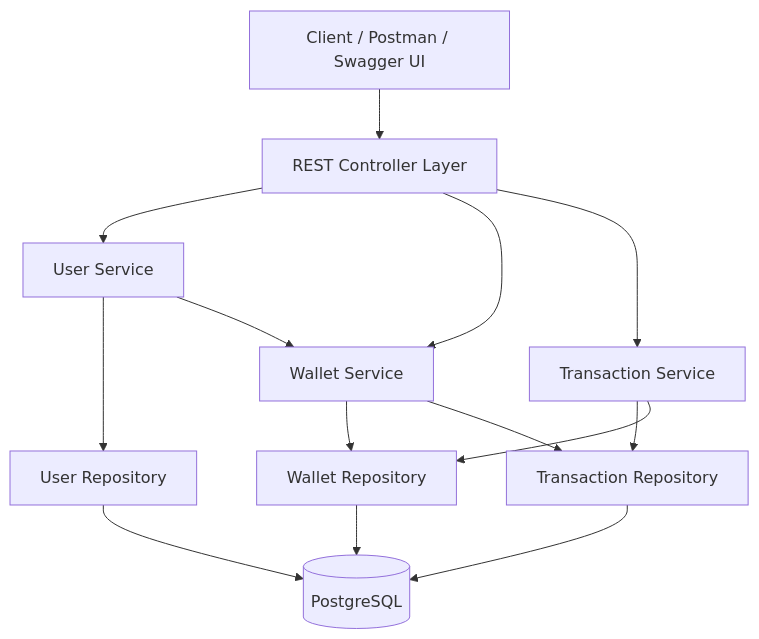
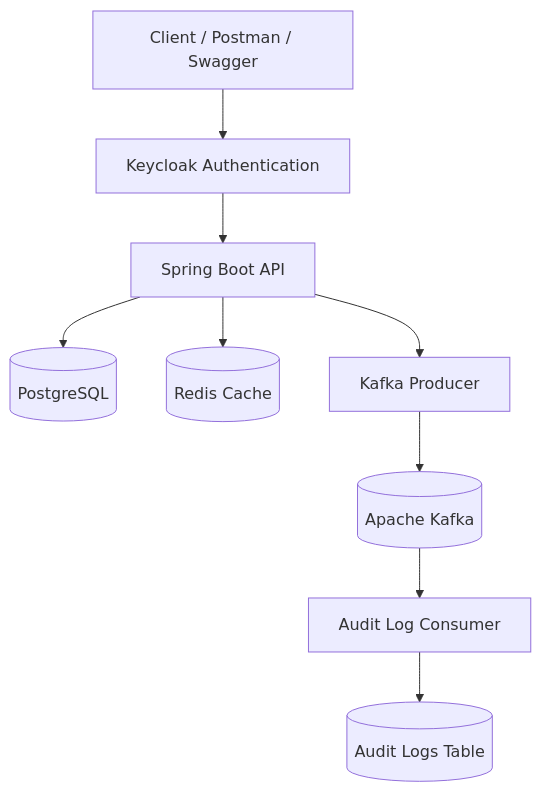
The first of 3 diagrams in README.md (siddhants4000/enterprise-digital-wallet), drawn with Mermaid before and after one commit. The commit also changed other lines of this file, not shown here.

Commit message:
Add Kafka audit logging, Redis caching, and Keycloak security

````diff
--- a/README.md
+++ b/README.md
@@ -104,23 +130,21 @@
 ```mermaid
 flowchart TD
 
-    Client[Client / Postman / Swagger UI]
+    Client[Client / Postman / Swagger]
 
-    Client --> ControllerLayer[REST Controller Layer]
+    Client --> Keycloak[Keycloak Authentication]
 
-    ControllerLayer --> UserService[User Service]
-    ControllerLayer --> WalletService[Wallet Service]
-    ControllerLayer --> TransactionService[Transaction Service]
+    Keycloak --> SpringBoot[Spring Boot API]
 
-    UserService --> UserRepository[User Repository]
-    WalletService --> WalletRepository[Wallet Repository]
-    TransactionService --> TransactionRepository[Transaction Repository]
+    SpringBoot --> PostgreSQL[(PostgreSQL)]
 
-    UserRepository --> PostgreSQL[(PostgreSQL)]
-    WalletRepository --> PostgreSQL
-    TransactionRepository --> PostgreSQL
+    SpringBoot --> Redis[(Redis Cache)]
 
-    UserService --> WalletService
-    WalletService --> TransactionRepository
-    TransactionService --> WalletRepository
+    SpringBoot --> KafkaProducer[Kafka Producer]
+
+    KafkaProducer --> Kafka[(Apache Kafka)]
+
+    Kafka --> KafkaConsumer[Audit Log Consumer]
+
+    KafkaConsumer --> AuditLogs[(Audit Logs Table)]
 ```
````
